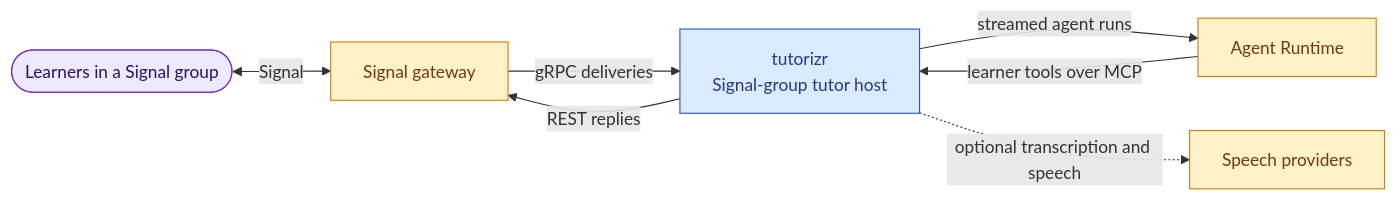
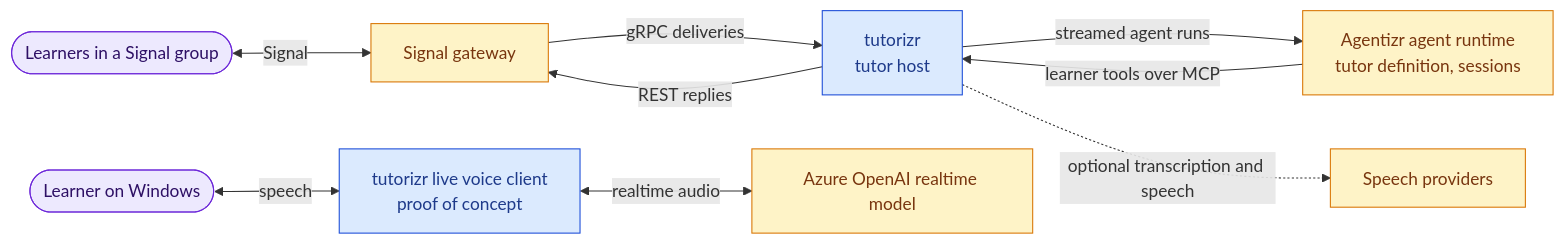
Before and after one commit to f2calv/tutorizr: the diagram in README.md, drawn with Mermaid. The commit also changed other lines of this file and 15 other files, not shown here.

First line of the commit message:
docs: position tutorizr as a subject-agnostic tutor on Agentizr

````diff
--- a/README.md
+++ b/README.md
@@ -62,13 +74,15 @@
 ```mermaid
 flowchart LR
     classDef system fill:#dbeafe,stroke:#1d4ed8,color:#1e3a8a
     classDef person fill:#ede9fe,stroke:#6d28d9,color:#2e1065
     classDef external fill:#fef3c7,stroke:#d97706,color:#78350f
 
     learners([Learners in a Signal group]):::person <-->|Signal| gateway[Signal gateway]:::external
-    gateway -->|"gRPC deliveries"| tutorizr[tutorizr<br/>Signal-group tutor host]:::system
+    voiceLearner([Learner on Windows]):::person <-->|speech| client
+    gateway -->|"gRPC deliveries"| tutorizr[tutorizr<br/>tutor host]:::system
     tutorizr -->|"REST replies"| gateway
-    tutorizr -->|"streamed agent runs"| runtime[Agent Runtime]:::external
+    tutorizr -->|"streamed agent runs"| runtime[Agentizr agent runtime<br/>tutor definition, sessions]:::external
     runtime -->|"learner tools over MCP"| tutorizr
     tutorizr -.->|"optional transcription and speech"| speech[Speech providers]:::external
+    client[tutorizr live voice client<br/>proof of concept]:::system <-->|"realtime audio"| realtime[Azure OpenAI realtime model]:::external
 ```
````
